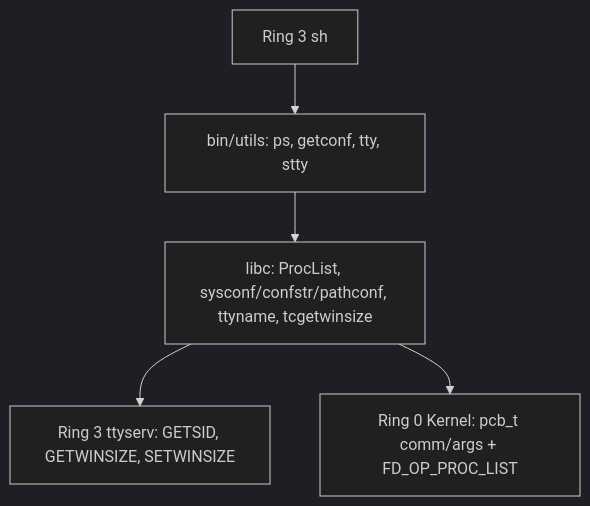
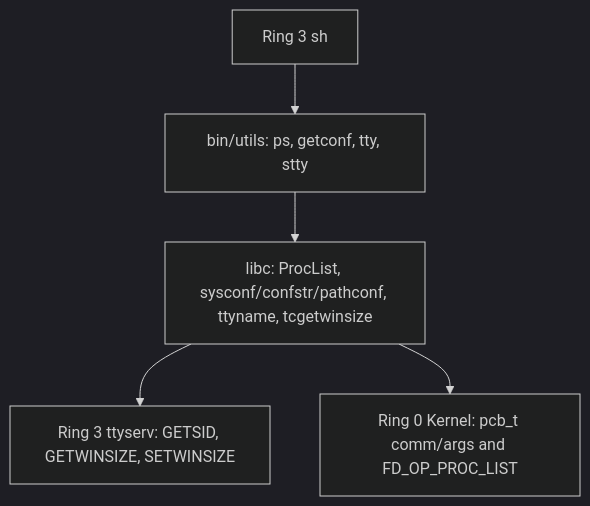
The diagram in docs/30-architecture/adr/ADR_0028.md (Deniz-Eren/microkernel), drawn with Mermaid (dark theme) before and after one commit. The commit also changed other lines of this file and 151 other files, not shown here.

````diff
--- a/docs/30-architecture/adr/ADR_0028.md
+++ b/docs/30-architecture/adr/ADR_0028.md
@@ -23,13 +24,13 @@
 ```mermaid
 flowchart TD
     SH["Ring 3 sh"]
     UTILS["bin/utils: ps, getconf, tty, stty"]
     LIBC["libc: ProcList, sysconf/confstr/pathconf, ttyname, tcgetwinsize"]
     TTY["Ring 3 ttyserv: GETSID, GETWINSIZE, SETWINSIZE"]
-    KERN["Ring 0 Kernel: pcb_t comm/args + FD_OP_PROC_LIST"]
+    KERN["Ring 0 Kernel: pcb_t comm/args and FD_OP_PROC_LIST"]
 
     SH --> UTILS
     UTILS --> LIBC
     LIBC --> TTY
     LIBC --> KERN
 ```
````
